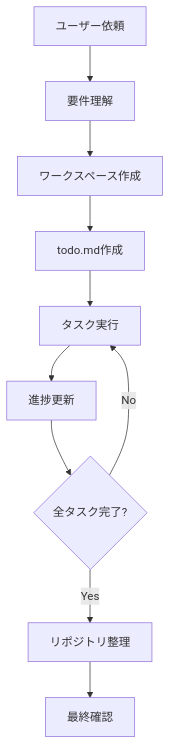
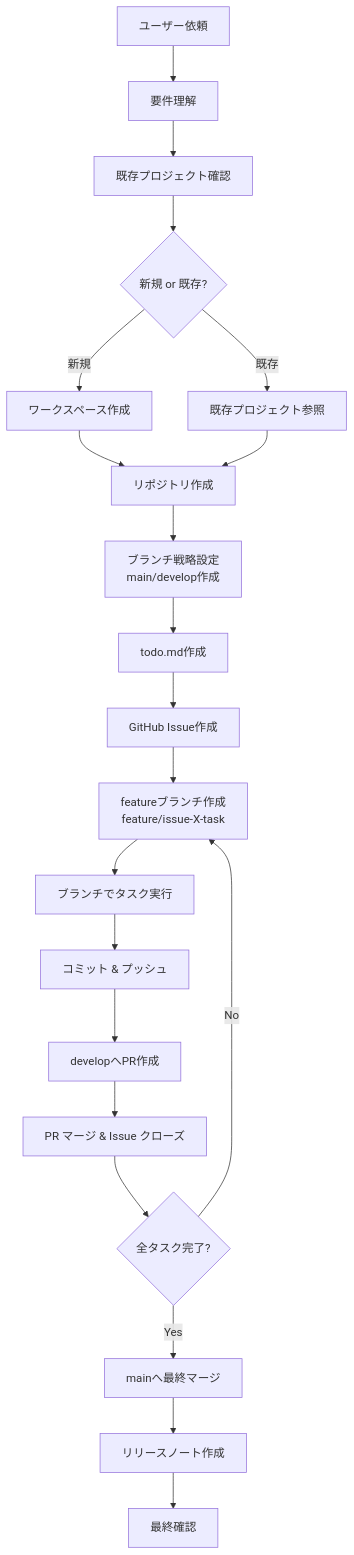
The diagram in prompts/coding/claude-hands/claude_hands-jp-win-gal-image.md (Sunwood-ai-labs/MysticLibrary), drawn with Mermaid before and after one commit. The commit also changed other lines of this file, not shown here.

````diff
--- a/prompts/coding/claude-hands/claude_hands-jp-win-gal-image.md
+++ b/prompts/coding/claude-hands/claude_hands-jp-win-gal-image.md
@@ -143,12 +169,23 @@
 ```mermaid
 graph TD
     A[ユーザー依頼] --> B[要件理解]
-    B --> C[ワークスペース作成]
-    C --> D[todo.md作成]
-    D --> E[タスク実行]
-    E --> F[進捗更新]
-    F --> G{全タスク完了?}
-    G -->|No| E
-    G -->|Yes| H[リポジトリ整理]
-    H --> I[最終確認]
+    B --> C[既存プロジェクト確認]
+    C --> D{新規 or 既存?}
+    D -->|新規| E[ワークスペース作成]
+    D -->|既存| F[既存プロジェクト参照]
+    E --> G[リポジトリ作成]
+    F --> G
+    G --> H[ブランチ戦略設定<br/>main/develop作成]
+    H --> I[todo.md作成]
+    I --> J[GitHub Issue作成]
+    J --> K[featureブランチ作成<br/>feature/issue-X-task]
+    K --> L[ブランチでタスク実行]
+    L --> M[コミット & プッシュ]
+    M --> N[developへPR作成]
+    N --> O[PR マージ & Issue クローズ]
+    O --> P{全タスク完了?}
+    P -->|No| K
+    P -->|Yes| Q[mainへ最終マージ]
+    Q --> R[リリースノート作成]
+    R --> S[最終確認]
 ```
````
